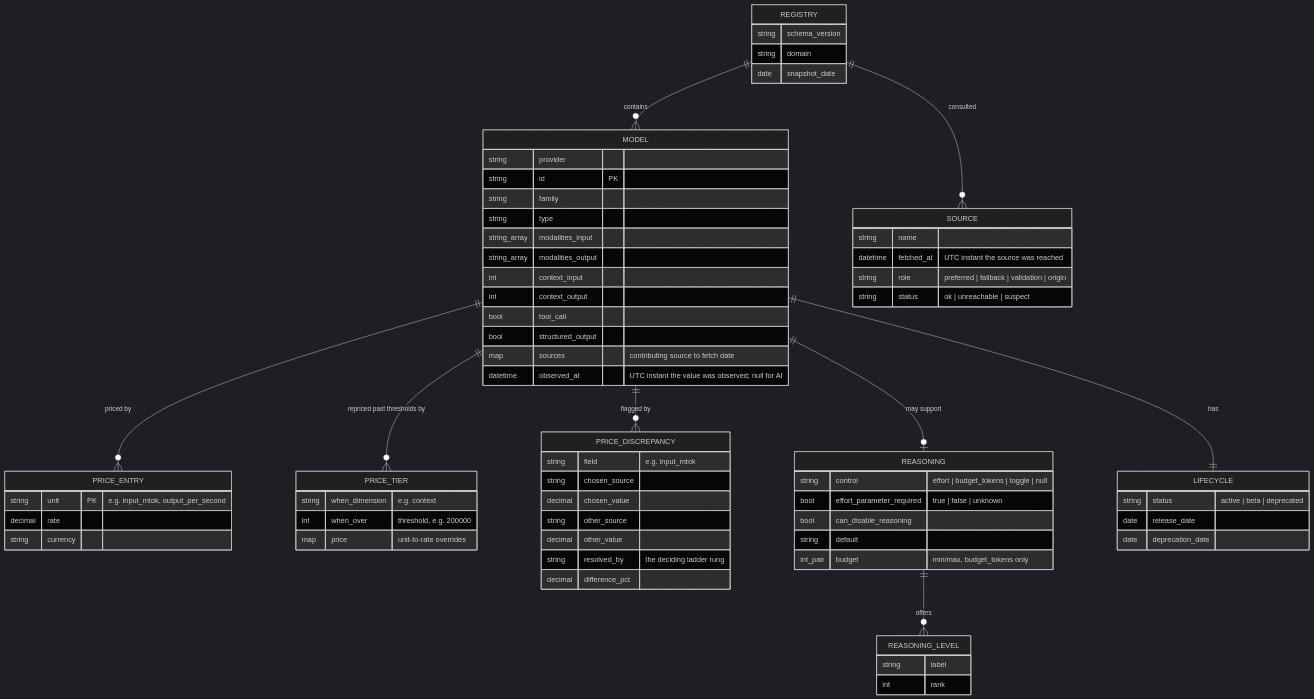
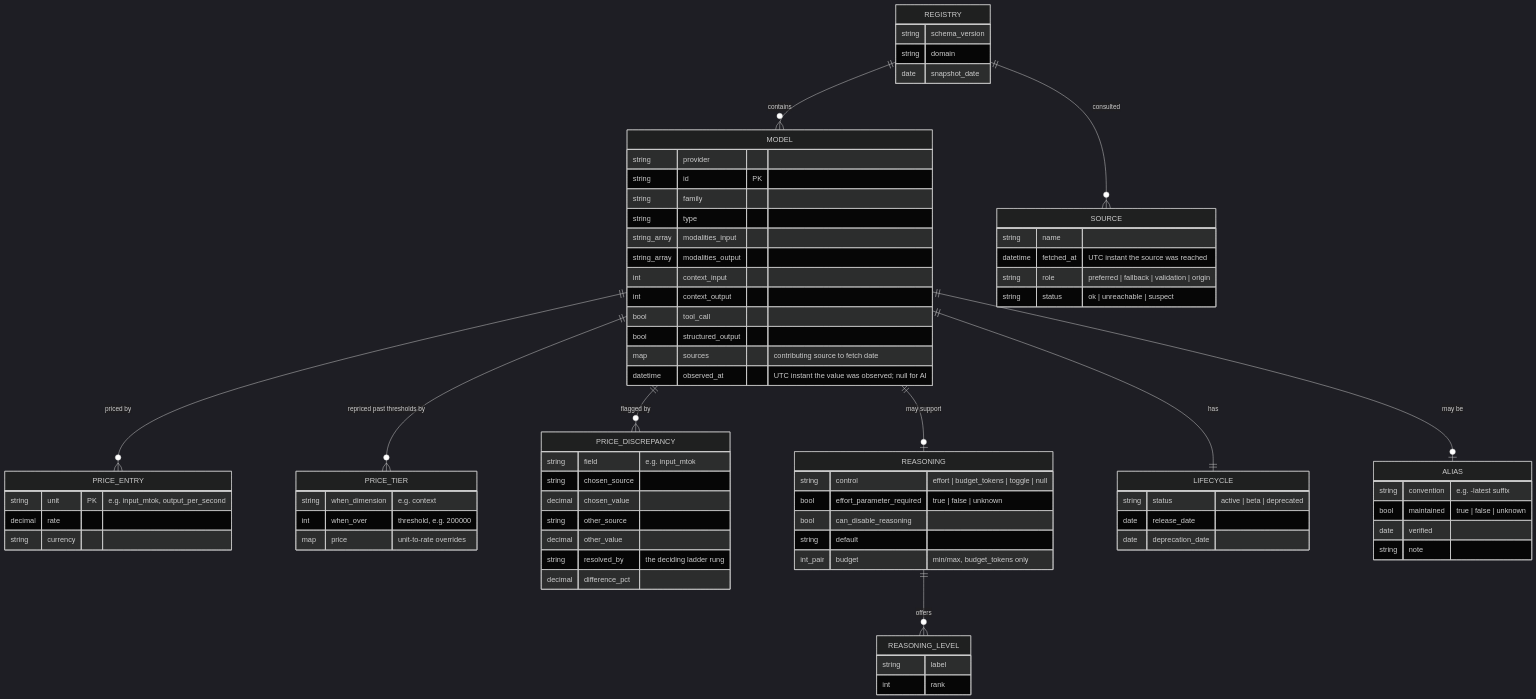
The diagram in ERD.md (shehuphd/rates), drawn with Mermaid (dark theme) before and after one commit. The commit also changed other lines of this file and 39 other files, not shown here.

````diff
--- a/ERD.md
+++ b/ERD.md
@@ -9,72 +9,79 @@
 ```mermaid
 erDiagram
     REGISTRY ||--o{ MODEL : contains
     REGISTRY ||--o{ SOURCE : consulted
     MODEL ||--o{ PRICE_ENTRY : "priced by"
     MODEL ||--o{ PRICE_TIER : "repriced past thresholds by"
     MODEL ||--o{ PRICE_DISCREPANCY : "flagged by"
     MODEL ||--o| REASONING : "may support"
     REASONING ||--o{ REASONING_LEVEL : offers
     MODEL ||--|| LIFECYCLE : has
+    MODEL ||--o| ALIAS : "may be"
 
     REGISTRY {
         string schema_version
         string domain
         date snapshot_date
     }
     SOURCE {
         string name
         datetime fetched_at "UTC instant the source was reached"
         string role "preferred | fallback | validation | origin"
         string status "ok | unreachable | suspect"
     }
     MODEL {
         string provider
         string id PK
         string family
         string type
         string_array modalities_input
         string_array modalities_output
         int context_input
         int context_output
         bool tool_call
         bool structured_output
         map sources "contributing source to fetch date"
         datetime observed_at "UTC instant the value was observed; null for AI"
     }
     PRICE_ENTRY {
         string unit PK "e.g. input_mtok, output_per_second"
         decimal rate
         string currency
     }
     PRICE_DISCREPANCY {
         string field "e.g. input_mtok"
         string chosen_source
         decimal chosen_value
         string other_source
         decimal other_value
         string resolved_by "the deciding ladder rung"
         decimal difference_pct
     }
     PRICE_TIER {
         string when_dimension "e.g. context"
         int when_over "threshold, e.g. 200000"
         map price "unit-to-rate overrides"
     }
     REASONING {
         string control "effort | budget_tokens | toggle | null"
         bool effort_parameter_required "true | false | unknown"
         bool can_disable_reasoning
         string default
         int_pair budget "min/max, budget_tokens only"
     }
     REASONING_LEVEL {
         string label
         int rank
     }
     LIFECYCLE {
         string status "active | beta | deprecated"
         date release_date
         date deprecation_date
     }
+    ALIAS {
+        string convention "e.g. -latest suffix"
+        bool maintained "true | false | unknown"
+        date verified
+        string note
+    }
 ```
````
